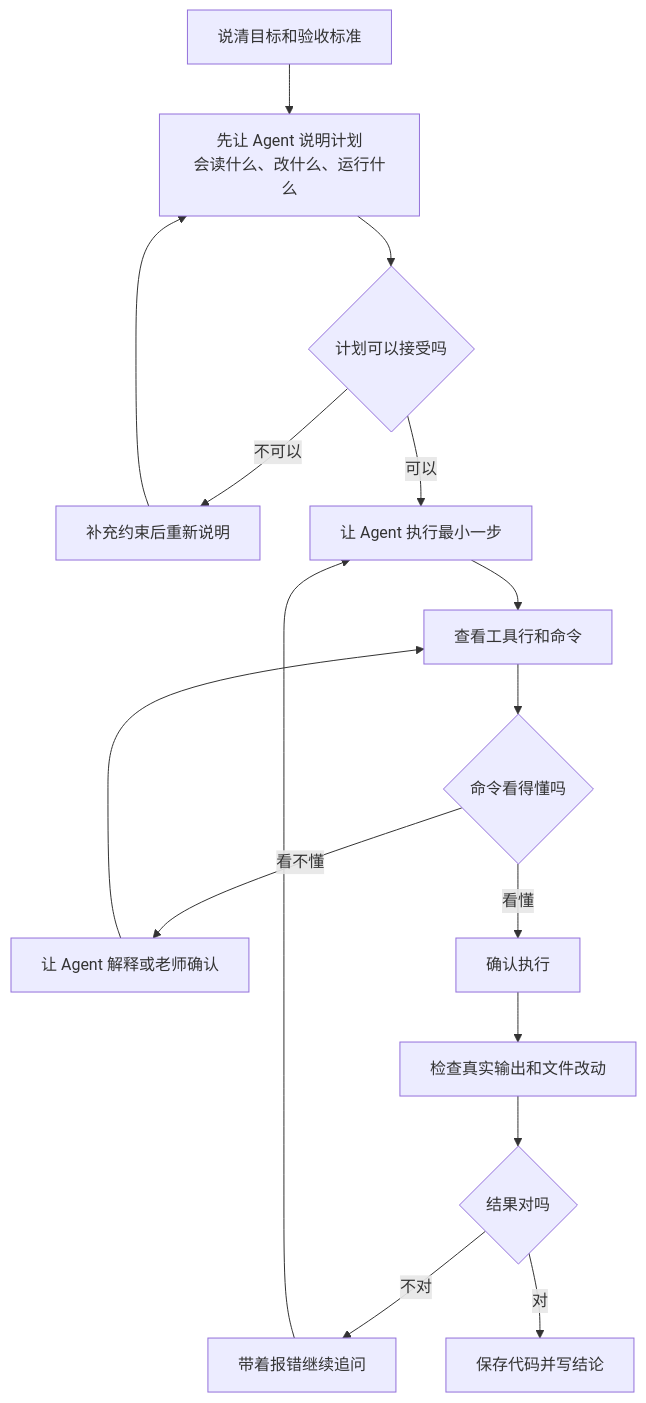
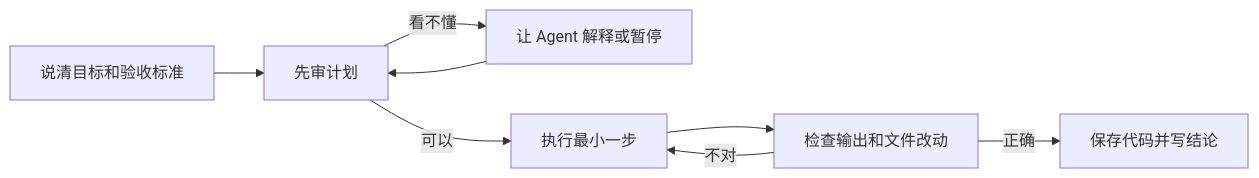
One commit to zhouxzh/python-data-analysis changed the third of 4 diagrams in 第01周-从Excel到第一个数据问题.md. Above: the diagram before and after it, drawn with Mermaid.

Commit message:
shorten week 1 safety flowchart

````diff
--- a/第01周-从Excel到第一个数据问题.md
+++ b/第01周-从Excel到第一个数据问题.md
@@ -137,18 +137,10 @@
 ```mermaid
-flowchart TD
-    A[说清目标和验收标准] --> B[先让 Agent 说明计划<br/>会读什么、改什么、运行什么]
-    B --> C{计划可以接受吗}
-    C -- "不可以" --> D[补充约束后重新说明]
-    D --> B
-    C -- "可以" --> E[让 Agent 执行最小一步]
-    E --> F[查看工具行和命令]
-    F --> G{命令看得懂吗}
-    G -- "看不懂" --> H[让 Agent 解释或老师确认]
-    H --> F
-    G -- "看懂" --> I[确认执行]
-    I --> J[检查真实输出和文件改动]
-    J --> K{结果对吗}
-    K -- "不对" --> L[带着报错继续追问]
-    L --> E
-    K -- "对" --> M[保存代码并写结论]
+flowchart LR
+    A[说清目标和验收标准] --> B[先审计划]
+    B -->|看不懂| C[让 Agent 解释或暂停]
+    C --> B
+    B -->|可以| D[执行最小一步]
+    D --> E[检查输出和文件改动]
+    E -->|不对| D
+    E -->|正确| F[保存代码并写结论]
 ```
````
